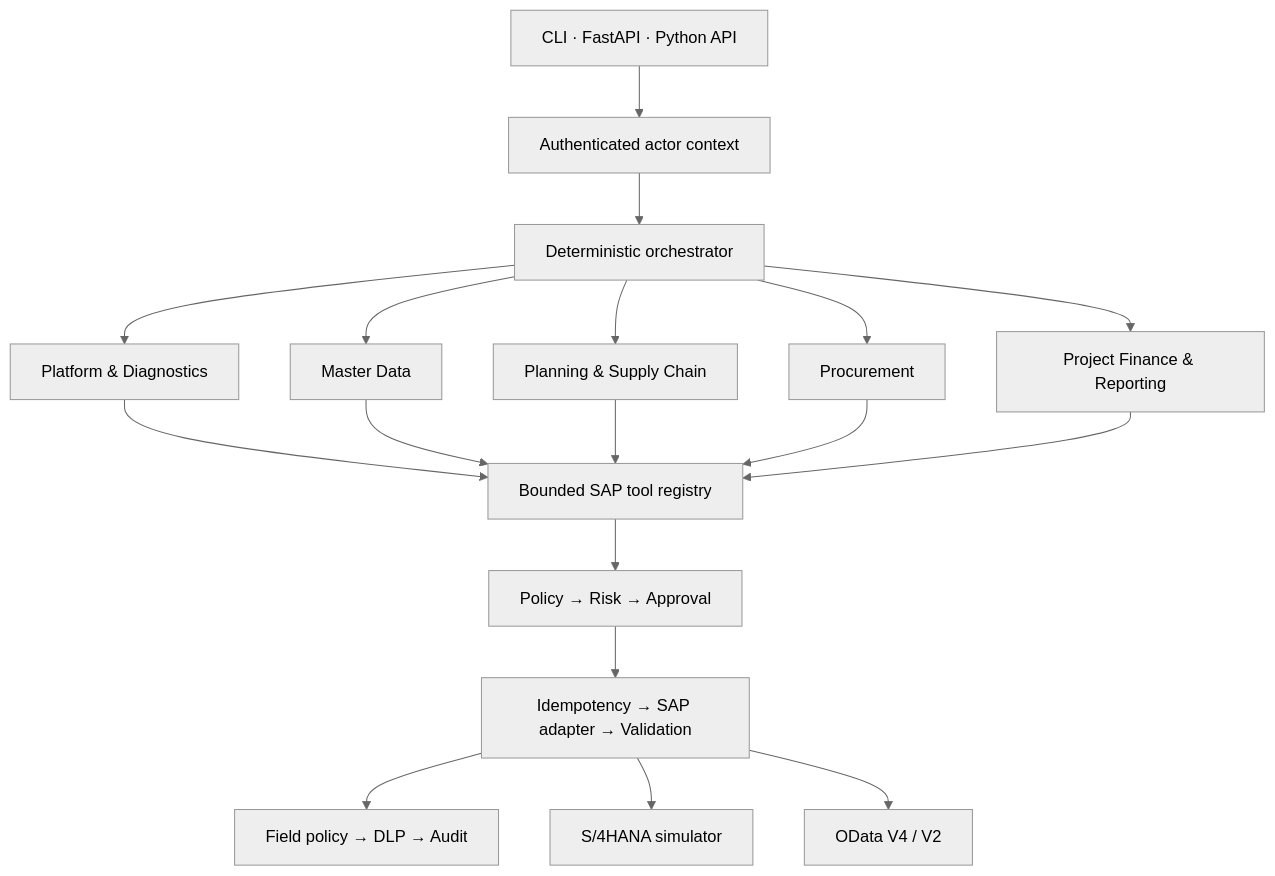
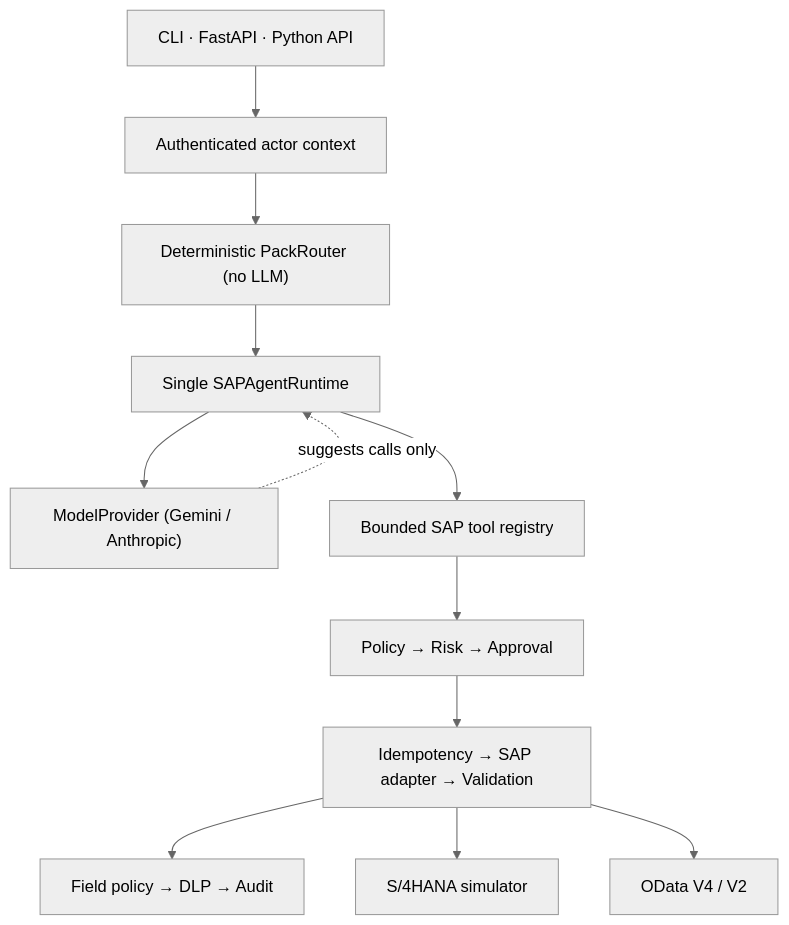
Before and after one commit to alimkacar/certaops: the diagram in README.md, drawn with Mermaid (neutral theme). The commit also changed other lines of this file and 60 other files, not shown here.

````diff
--- a/README.md
+++ b/README.md
@@ -51,20 +51,14 @@
 ```mermaid
 flowchart TD
     C["CLI · FastAPI · Python API"] --> G["Authenticated actor context"]
-    G --> O["Deterministic orchestrator"]
-    O --> A1["Platform & Diagnostics"]
-    O --> A2["Master Data"]
-    O --> A3["Planning & Supply Chain"]
-    O --> A4["Procurement"]
-    O --> A5["Project Finance & Reporting"]
-    A1 --> T["Bounded SAP tool registry"]
-    A2 --> T
-    A3 --> T
-    A4 --> T
-    A5 --> T
+    G --> R["Deterministic PackRouter (no LLM)"]
+    R --> RT["Single SAPAgentRuntime"]
+    RT --> MP["ModelProvider (Gemini / Anthropic)"]
+    MP -.->|"suggests calls only"| RT
+    RT --> T["Bounded SAP tool registry"]
     T --> P["Policy → Risk → Approval"]
     P --> I["Idempotency → SAP adapter → Validation"]
     I --> D["Field policy → DLP → Audit"]
     I --> M["S/4HANA simulator"]
     I --> S["OData V4 / V2"]
 ```
````
